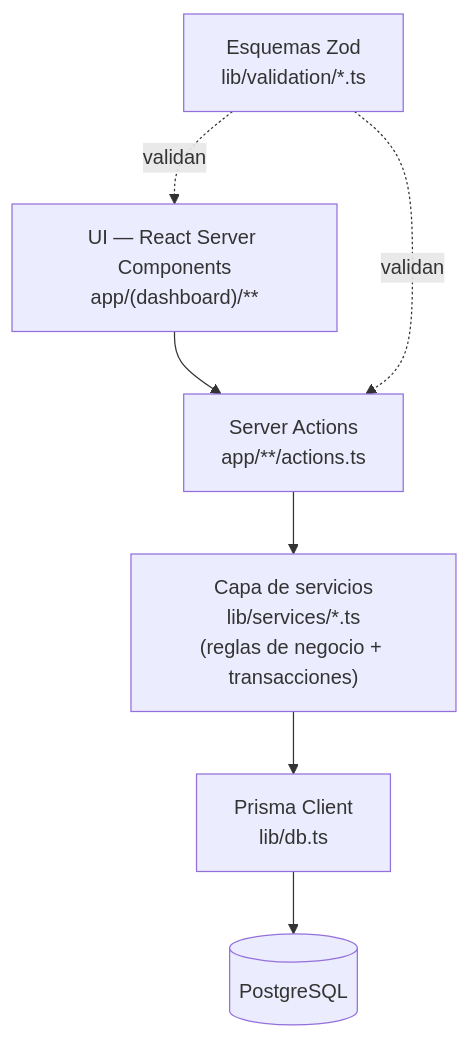
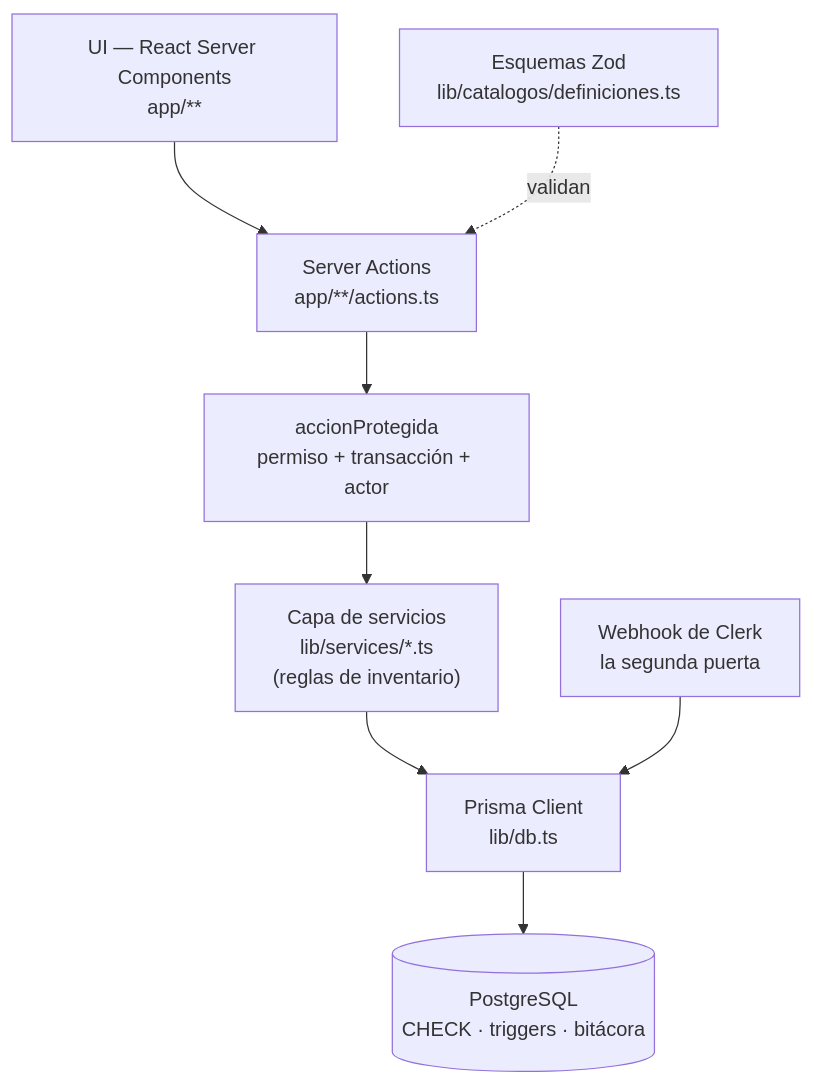
Before and after one commit to callmejazzz/BodeGasosur: the diagram in docs/01-arquitectura.md, drawn with Mermaid. The commit also changed other lines of this file and 31 other files, not shown here.

````diff
--- a/docs/01-arquitectura.md
+++ b/docs/01-arquitectura.md
@@ -124,9 +225,10 @@
 ```mermaid
 flowchart TD
-    A["UI — React Server Components<br/>app/(dashboard)/**"] --> B["Server Actions<br/>app/**/actions.ts"]
-    B --> C["Capa de servicios<br/>lib/services/*.ts<br/>(reglas de negocio + transacciones)"]
-    C --> D["Prisma Client<br/>lib/db.ts"]
-    D --> E[("PostgreSQL")]
-    F["Esquemas Zod<br/>lib/validation/*.ts"] -.validan.-> B
-    F -.validan.-> A
+    A["UI — React Server Components<br/>app/**"] --> B["Server Actions<br/>app/**/actions.ts"]
+    B --> C["accionProtegida<br/>permiso + transacción + actor"]
+    C --> D["Capa de servicios<br/>lib/services/*.ts<br/>(reglas de inventario)"]
+    D --> E["Prisma Client<br/>lib/db.ts"]
+    E --> F[("PostgreSQL<br/>CHECK · triggers · bitácora")]
+    G["Esquemas Zod<br/>lib/catalogos/definiciones.ts"] -.validan.-> B
+    H["Webhook de Clerk<br/>la segunda puerta"] --> E
 ```
````
